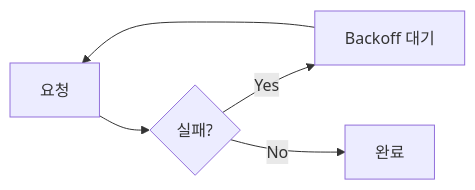
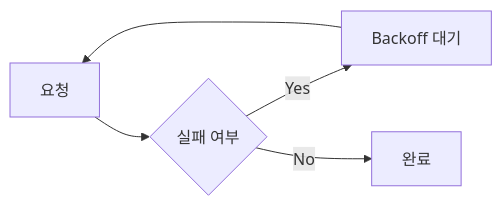
One commit to gwonmin/QuizNox_front changed the first of 2 diagrams in public/handbook/core-cs/retry-backoff.md. Above: the diagram before and after it, drawn with Mermaid. The commit also changed other lines of this file and 125 other files, not shown here.

````diff
--- a/public/handbook/core-cs/retry-backoff.md
+++ b/public/handbook/core-cs/retry-backoff.md
@@ -25,7 +27,7 @@
 ```mermaid
 flowchart LR
-  R[요청] --> F{실패?}
+  R[요청] --> F{실패 여부}
   F -->|Yes| W[Backoff 대기]
   W --> R
   F -->|No| O[완료]
 ```
````
